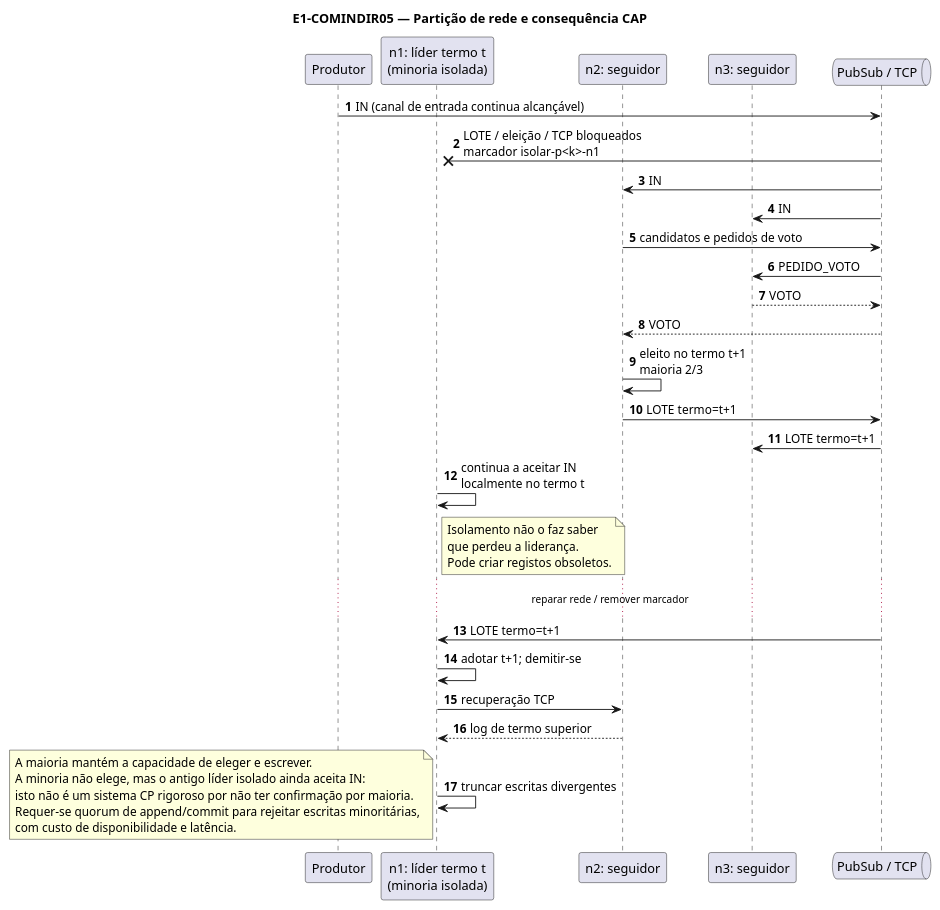
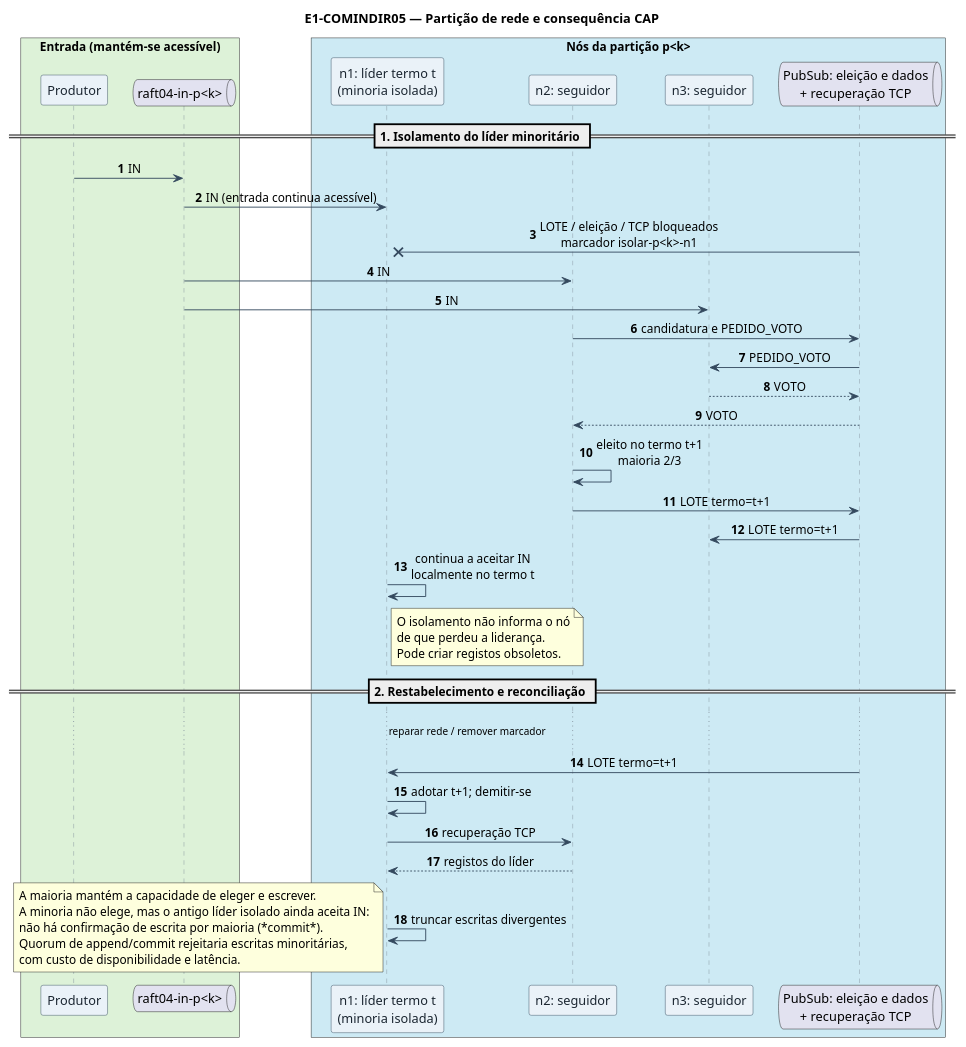
Before and after one commit to rafsilv26/SD-2026-2027: the second of 2 diagrams in Sprints/E1-COMINDIR05/uml/04-sequencia-falha-e-reconciliacao.puml, drawn with PlantUML. The commit also changed other lines of this file and 2 other files, not shown here.

First line of the commit message:
Style E1-COMINDIR05 sequence diagrams

```diff
--- a/Sprints/E1-COMINDIR05/uml/04-sequencia-falha-e-reconciliacao.puml
+++ b/Sprints/E1-COMINDIR05/uml/04-sequencia-falha-e-reconciliacao.puml
@@ -67,45 +104,75 @@
 @startuml E1-COMINDIR05-Isolamento
 title E1-COMINDIR05 — Partição de rede e consequência CAP
 autonumber
+skinparam backgroundColor #FFFFFF
+skinparam shadowing false
+skinparam defaultFontName Arial
+skinparam ParticipantPadding 18
+skinparam BoxPadding 10
+skinparam sequenceMessageAlign center
+skinparam responseMessageBelowArrow true
+skinparam sequence {
+  ArrowColor #34495E
+  LifeLineBorderColor #85929E
+  LifeLineBackgroundColor #F8F9F9
+  ParticipantBorderColor #34495E
+  ParticipantBackgroundColor #EAF2F8
+  ParticipantFontColor #1B2631
+  ActorBorderColor #34495E
+  ActorBackgroundColor #E8F8F5
+  SequenceGroupBorderColor #7F8C8D
+  SequenceGroupBackgroundColor #F4F6F7
+}
 
+box "Entrada (mantém-se acessível)" #DDF2D8
 participant "Produtor" as Producer
+queue "raft04-in-p<k>" as Input
+end box
+
+box "Nós da partição p<k>" #CDEAF4
 participant "n1: líder termo t\n(minoria isolada)" as MinorLeader
 participant "n2: seguidor" as Majority1
 participant "n3: seguidor" as Majority2
-queue "PubSub / TCP" as Network
+queue "PubSub: eleição e dados\n+ recuperação TCP" as Network
+end box
 
-Producer -> Network : IN (canal de entrada continua alcançável)
+== 1. Isolamento do líder minoritário ==
+
+Producer -> Input : IN
+Input -> MinorLeader : IN (entrada continua acessível)
 Network -x MinorLeader : LOTE / eleição / TCP bloqueados\nmarcador isolar-p<k>-n1
-Network -> Majority1 : IN
-Network -> Majority2 : IN
-Majority1 -> Network : candidatos e pedidos de voto
+Input -> Majority1 : IN
+Input -> Majority2 : IN
+Majority1 -> Network : candidatura e PEDIDO_VOTO
 Network -> Majority2 : PEDIDO_VOTO
 Majority2 --> Network : VOTO
 Network --> Majority1 : VOTO
 Majority1 -> Majority1 : eleito no termo t+1\nmaioria 2/3
 Majority1 -> Network : LOTE termo=t+1
 Network -> Majority2 : LOTE termo=t+1
 
 MinorLeader -> MinorLeader : continua a aceitar IN\nlocalmente no termo t
 note right of MinorLeader
-  Isolamento não o faz saber
-  que perdeu a liderança.
+  O isolamento não informa o nó
+  de que perdeu a liderança.
   Pode criar registos obsoletos.
 end note
+
+== 2. Restabelecimento e reconciliação ==
 
 ... reparar rede / remover marcador ...
 
 Network -> MinorLeader : LOTE termo=t+1
 MinorLeader -> MinorLeader : adotar t+1; demitir-se
 MinorLeader -> Majority1 : recuperação TCP
-Majority1 --> MinorLeader : log de termo superior
+Majority1 --> MinorLeader : registos do líder
 MinorLeader -> MinorLeader : truncar escritas divergentes
 
 note bottom
   A maioria mantém a capacidade de eleger e escrever.
   A minoria não elege, mas o antigo líder isolado ainda aceita IN:
-  isto não é um sistema CP rigoroso por não ter confirmação por maioria.
-  Requer-se quorum de append/commit para rejeitar escritas minoritárias,
+  não há confirmação de escrita por maioria (*commit*).
+  Quorum de append/commit rejeitaria escritas minoritárias,
   com custo de disponibilidade e latência.
 end note
 @enduml
```
